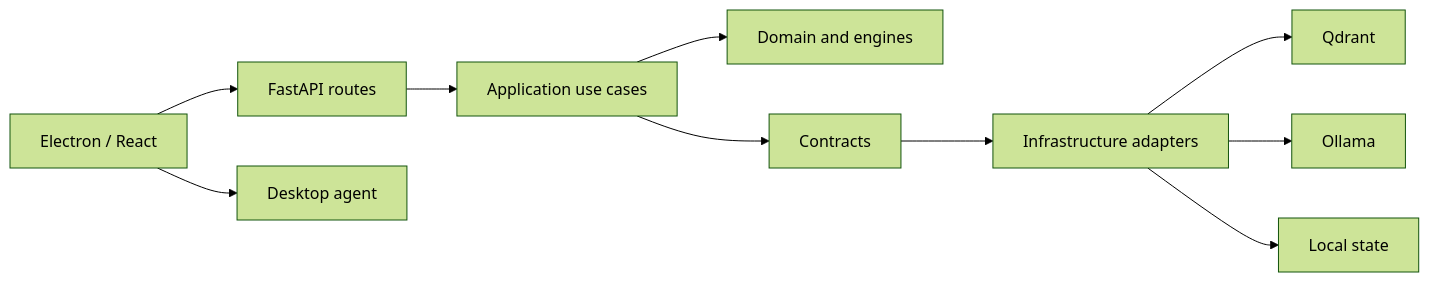
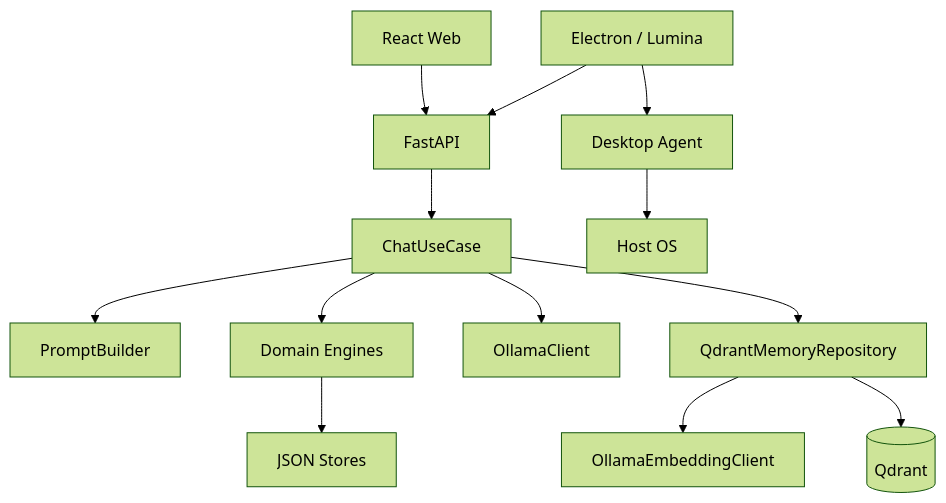
Before and after one commit to yafAram/Aletheia: the diagram in docs/ARCHITECTURE.md, drawn with Mermaid (forest theme). The commit also changed other lines of this file, not shown here.

````diff
--- a/docs/ARCHITECTURE.md
+++ b/docs/ARCHITECTURE.md
@@ -7,12 +5,15 @@
-```mermaid
-flowchart LR
-    HTTP[FastAPI routes] --> APP[Application use cases]
-    APP --> DOMAIN[Domain and engines]
-    APP --> PORTS[Contracts]
-    PORTS --> INFRA[Infrastructure adapters]
-    INFRA --> Q[Qdrant]
-    INFRA --> O[Ollama]
-    INFRA --> FS[Local state]
-    DESKTOP[Electron / React] --> HTTP
-    DESKTOP --> AGENT[Desktop agent]
-```
+~~~mermaid
+flowchart TB
+    WEB[React Web] --> API[FastAPI]
+    ELECTRON[Electron / Lumina] --> API
+    ELECTRON --> AGENT[Desktop Agent]
+    API --> CHAT[ChatUseCase]
+    CHAT --> PROMPT[PromptBuilder]
+    CHAT --> DOMAIN[Domain Engines]
+    DOMAIN --> STORES[JSON Stores]
+    CHAT --> OLLAMA[OllamaClient]
+    CHAT --> MEMORY[QdrantMemoryRepository]
+    MEMORY --> EMB[OllamaEmbeddingClient]
+    MEMORY --> Q[(Qdrant)]
+    AGENT --> OS[Host OS]
+~~~
````
